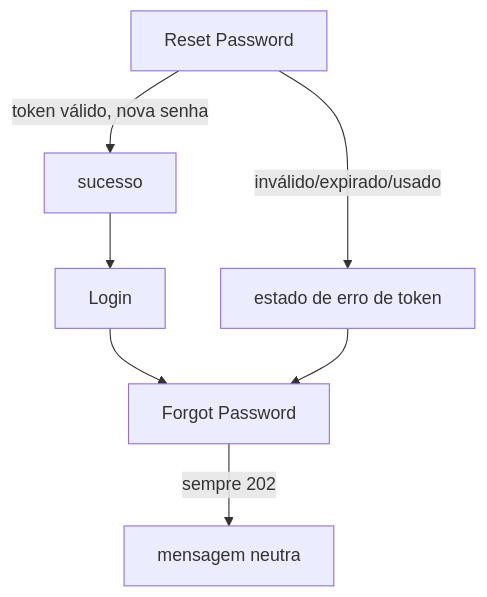
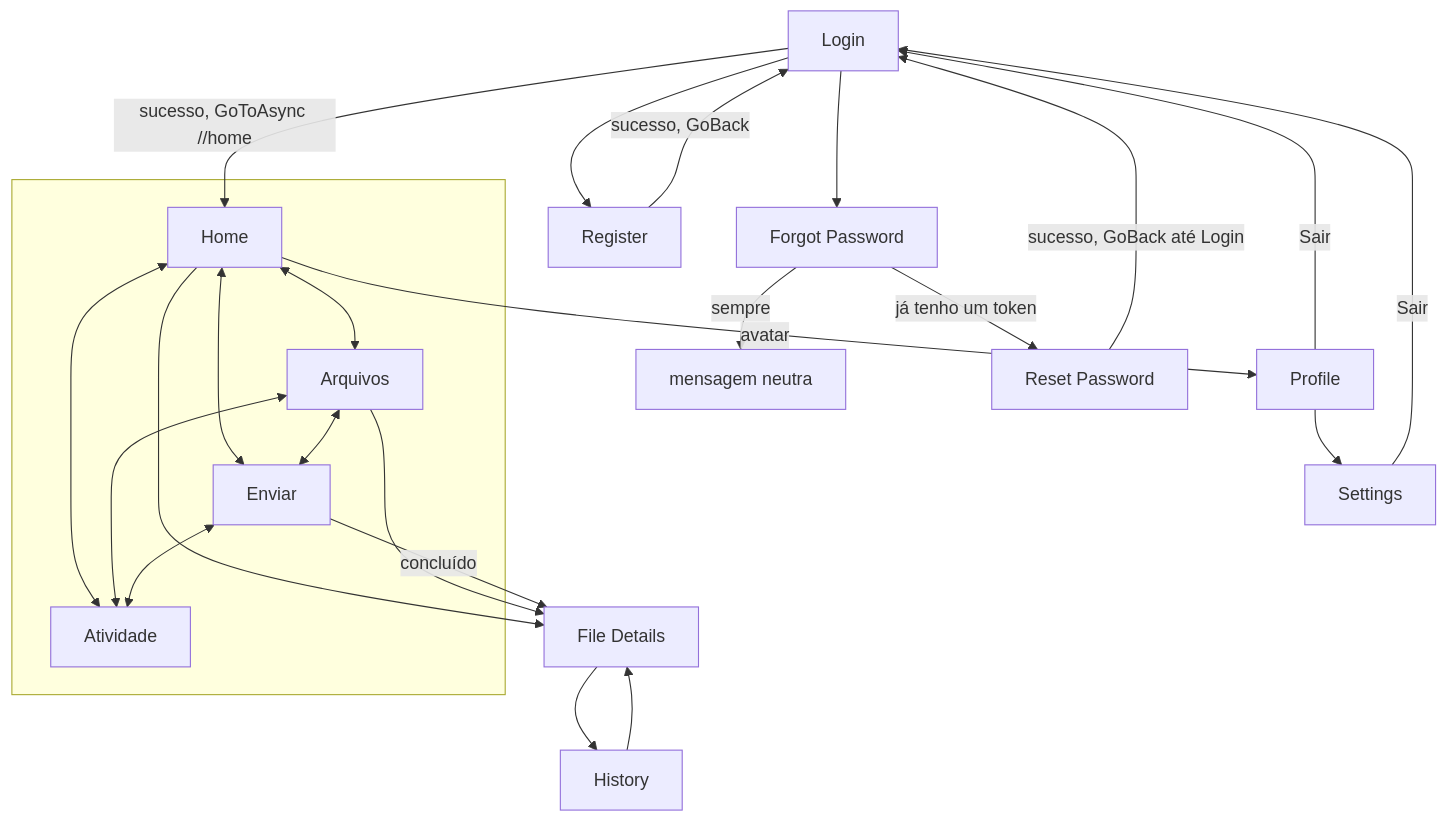
One commit to MiguelFariasDev/FileSharing changed the fourth of 7 diagrams in docs/navigation-flows.md. Above: the diagram before and after it, drawn with Mermaid. The commit also changed other lines of this file and 104 other files, not shown here.

Commit message:
feat: redesign web and mobile navigation flows

````diff
--- a/docs/navigation-flows.md
+++ b/docs/navigation-flows.md
@@ -142,9 +237,35 @@
 ```mermaid
 flowchart TD
-    Login --> ForgotPassword[Forgot Password]
-    ForgotPassword -->|sempre 202| Neutral[mensagem neutra]
-    ResetPassword[Reset Password] -->|token válido, nova senha| Success[sucesso]
-    Success --> Login
-    ResetPassword -->|inválido/expirado/usado| TokenError[estado de erro de token]
-    TokenError --> ForgotPassword
+    Login -->|sucesso, GoToAsync //home| Home
+    Login --> Register
+    Login --> ForgotPassword["Forgot Password"]
+    Register -->|sucesso, GoBack| Login
+    ForgotPassword -->|sempre| Neutral[mensagem neutra]
+    ForgotPassword -->|"já tenho um token"| ResetPassword["Reset Password"]
+    ResetPassword -->|sucesso, GoBack até Login| Login
+
+    subgraph TabBar[" "]
+        Home
+        Files["Arquivos"]
+        Upload["Enviar"]
+        Activity["Atividade"]
+    end
+
+    Home <--> Files
+    Home <--> Upload
+    Home <--> Activity
+    Files <--> Upload
+    Files <--> Activity
+    Upload <--> Activity
+
+    Home --> FileDetails["File Details"]
+    Files --> FileDetails
+    Upload -->|concluído| FileDetails
+    FileDetails --> History
+    History --> FileDetails
+
+    Home -->|avatar| Profile
+    Profile --> Settings
+    Profile -->|Sair| Login
+    Settings -->|Sair| Login
 ```
````
